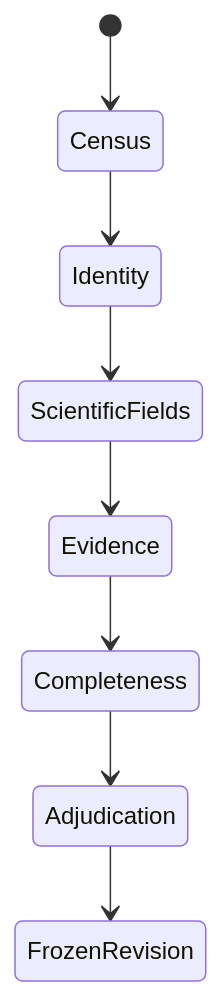
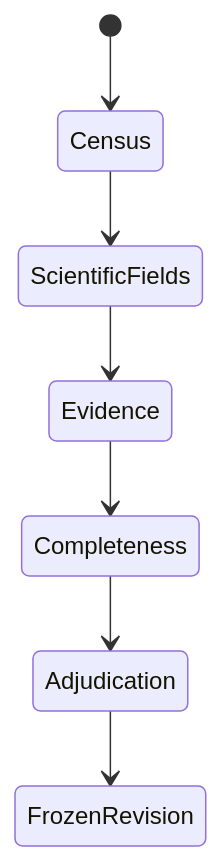
Before and after one commit to lamalab-org/perla-extract: the diagram in docs/workflows/ground-truth-review.md, drawn with Mermaid. The commit also changed other lines of this file and 19 other files, not shown here.

Commit message:
refactor(schema): resolve F-04 — retire window identity links

````diff
--- a/docs/workflows/ground-truth-review.md
+++ b/docs/workflows/ground-truth-review.md
@@ -22,10 +22,9 @@
 ```mermaid
 stateDiagram-v2
     [*] --> Census
-    Census --> Identity
-    Identity --> ScientificFields
+    Census --> ScientificFields
     ScientificFields --> Evidence
     Evidence --> Completeness
     Completeness --> Adjudication
     Adjudication --> FrozenRevision
 ```
````
